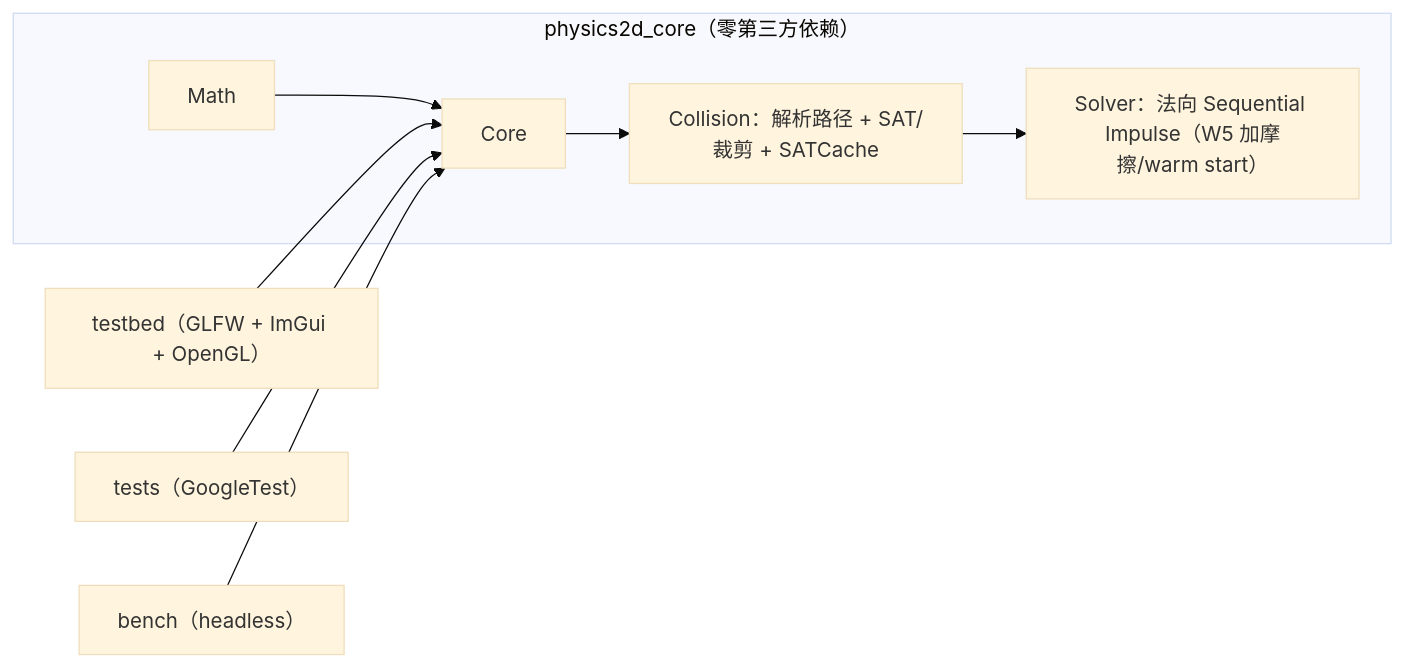
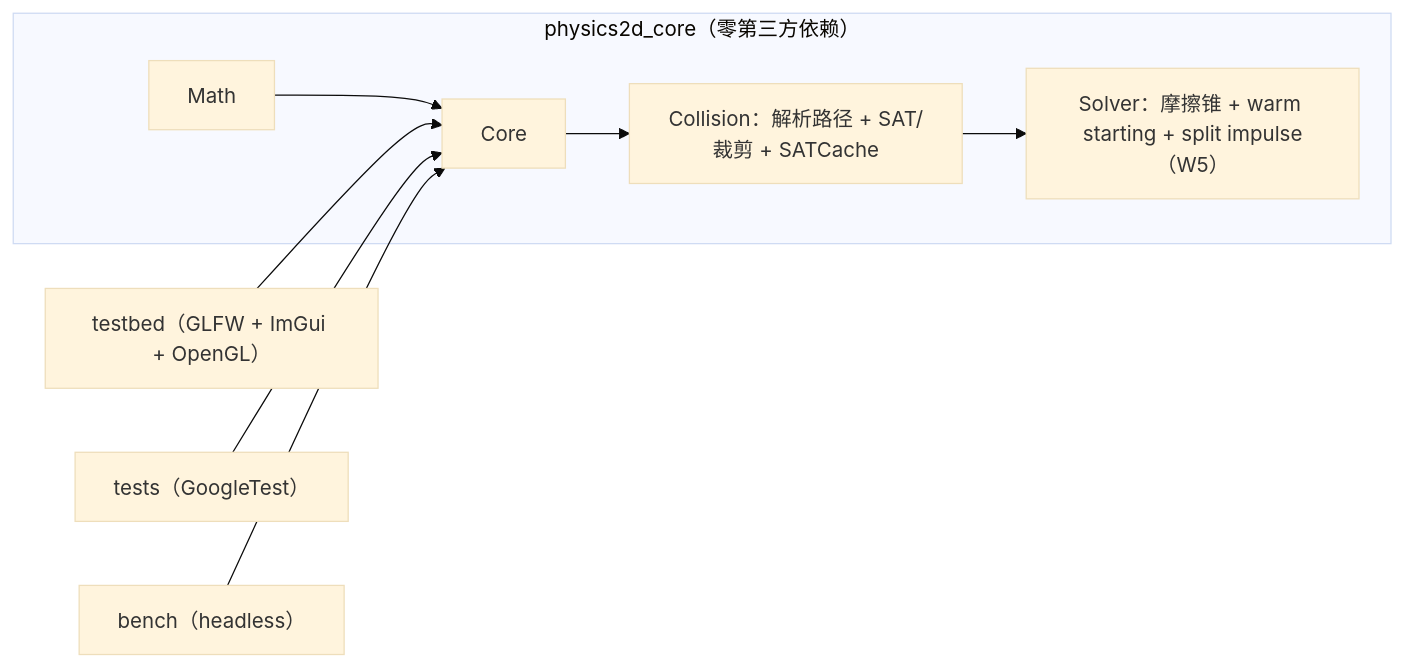
The diagram in README.md (baisctong/Physics2D), drawn with Mermaid (base theme) before and after one commit. The commit also changed other lines of this file and 6 other files, not shown here.

First line of the commit message:
docs: Week 5 devlog, roadmap, architecture, interface registry and Week 6 handoff

````diff
--- a/README.md
+++ b/README.md
@@ -61,11 +69,11 @@
 ```mermaid
 flowchart LR
     subgraph L1["physics2d_core（零第三方依赖）"]
         M["Math"] --> C["Core"]
         C --> Col["Collision：解析路径 + SAT/裁剪 + SATCache"]
-        Col --> S["Solver：法向 Sequential Impulse（W5 加摩擦/warm start）"]
+        Col --> S["Solver：摩擦锥 + warm starting + split impulse（W5）"]
     end
     TB["testbed（GLFW + ImGui + OpenGL）"] --> C
     T["tests（GoogleTest）"] --> C
     B["bench（headless）"] --> C
 ```
````
